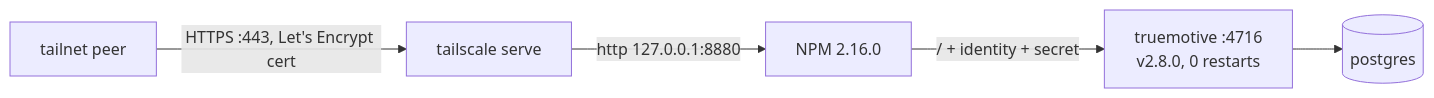
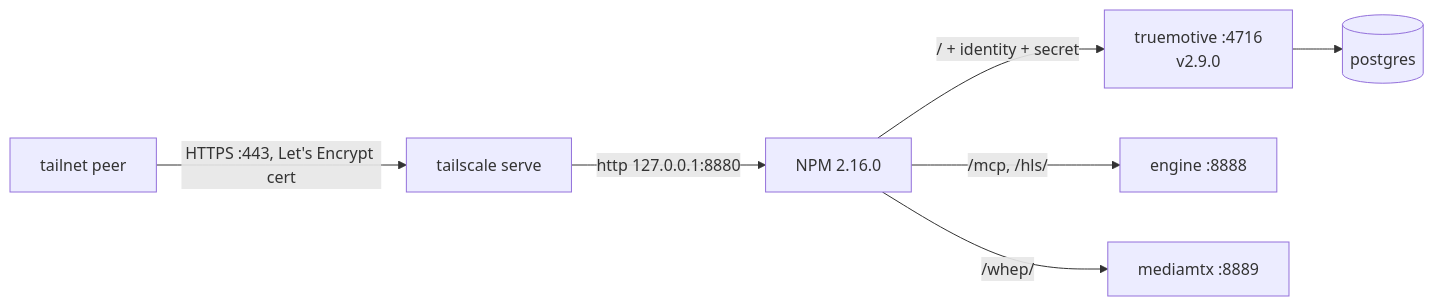
One commit to chrismahoney/truetmotive-architecture changed the diagram in architecture/instances/turbo-1/README.md. Above: the diagram before and after it, drawn with Mermaid. The commit also changed other lines of this file and 16 other files, not shown here.

````diff
--- a/architecture/instances/turbo-1/README.md
+++ b/architecture/instances/turbo-1/README.md
@@ -9,7 +11,9 @@
 ```mermaid
 flowchart LR
   P["tailnet peer"] -->|"HTTPS :443, Let's Encrypt cert"| TS["tailscale serve"]
   TS -->|"http 127.0.0.1:8880"| N["NPM 2.16.0"]
-  N -->|"/ + identity + secret"| T["truemotive :4716<br/>v2.8.0, 0 restarts"]
+  N -->|"/ + identity + secret"| T["truemotive :4716<br/>v2.9.0"]
+  N -->|"/mcp, /hls/"| E["engine :8888"]
+  N -->|"/whep/"| M["mediamtx :8889"]
   T --> PG[("postgres")]
 ```
````
